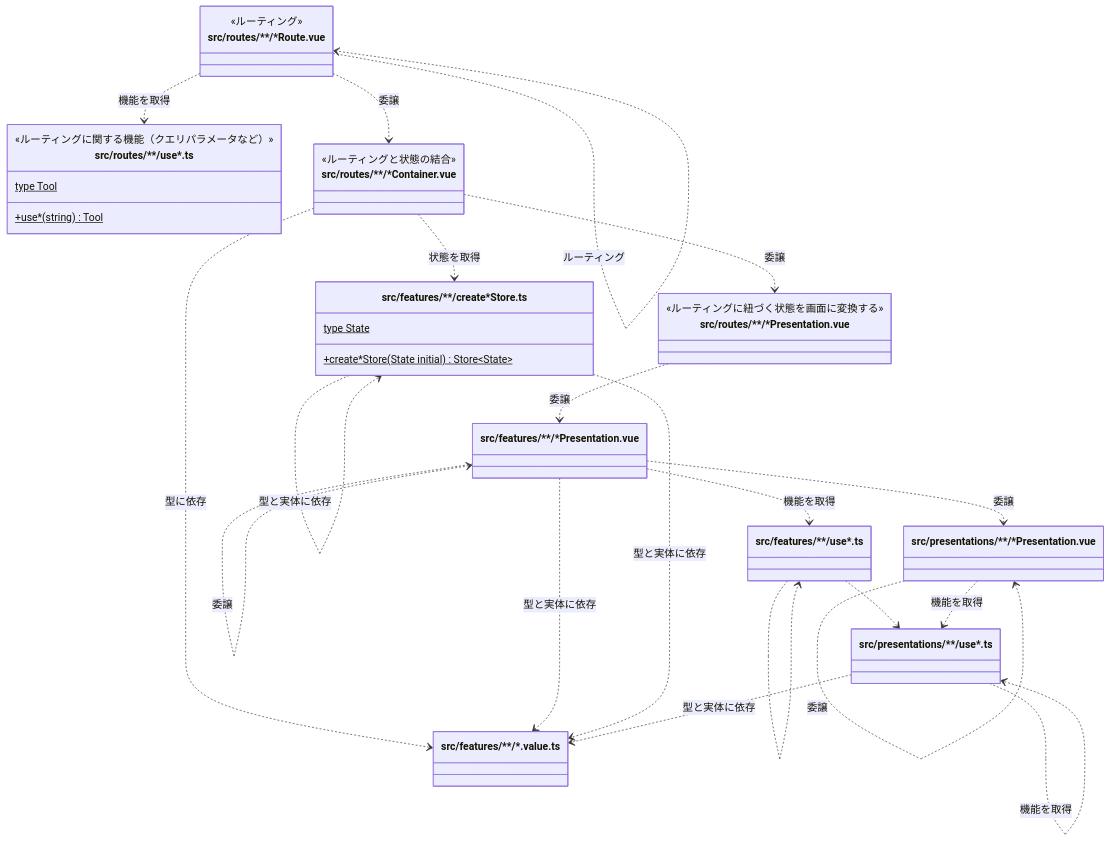
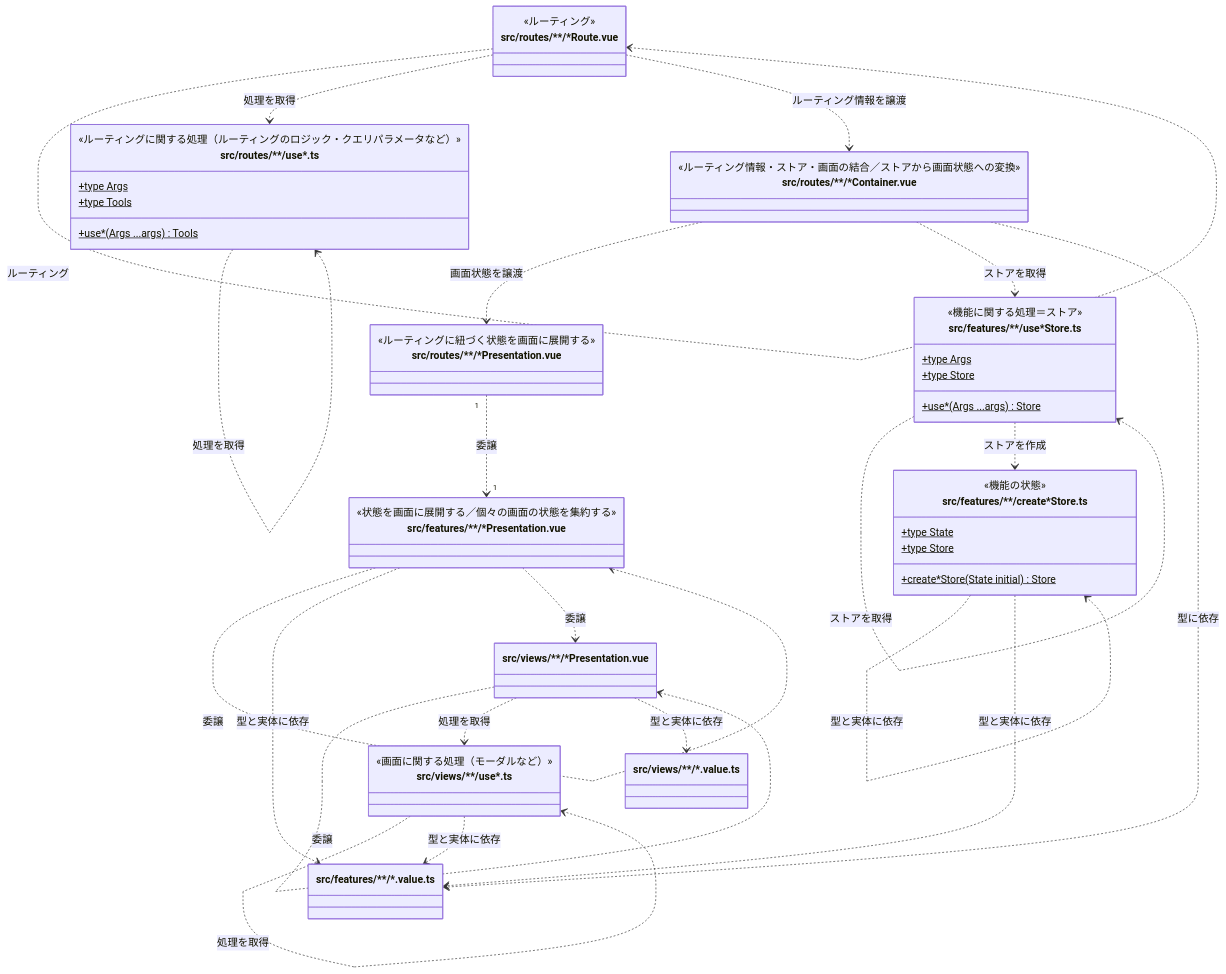
Before and after one commit to accup/accup.github.io: the diagram in README.md, drawn with Mermaid.

Commit message:
docs: wip: component diagram

````diff
--- a/README.md
+++ b/README.md
@@ -5,40 +5,56 @@
 ```mermaid
 classDiagram
   class `src/routes/**/*Route.vue` {
     <<ルーティング>>
   }
   `src/routes/**/*Route.vue` ..> `src/routes/**/*Route.vue` : ルーティング
-  `src/routes/**/*Route.vue` ..> `src/routes/**/use*.ts` : 機能を取得
-  `src/routes/**/*Route.vue` ..> `src/routes/**/*Container.vue` : 委譲
+  `src/routes/**/*Route.vue` ..> `src/routes/**/use*.ts` : 処理を取得
+  `src/routes/**/*Route.vue` ..> `src/routes/**/*Container.vue` : ルーティング情報を譲渡
   class `src/routes/**/use*.ts` {
-    <<ルーティングに関する機能（クエリパラメータなど）>>
-    type Tool$
-    +use*(string)$ Tool
+    <<ルーティングに関する処理（ルーティングのロジック・クエリパラメータなど）>>
+    +type Args$
+    +type Tools$
+    +use*(Args ...args)$ Tools
   }
+  `src/routes/**/use*.ts` ..> `src/routes/**/use*.ts` : 処理を取得
   class `src/routes/**/*Container.vue` {
-    <<ルーティングと状態の結合>>
+    <<ルーティング情報・ストア・画面の結合／ストアから画面状態への変換>>
   }
-  `src/routes/**/*Container.vue` ..> `src/routes/**/*Presentation.vue` : 委譲
-  `src/routes/**/*Container.vue` ..> `src/features/**/create*Store.ts` : 状態を取得
+  `src/routes/**/*Container.vue` ..> `src/routes/**/*Presentation.vue` : 画面状態を譲渡
+  `src/routes/**/*Container.vue` ..> `src/features/**/use*Store.ts` : ストアを取得
   `src/routes/**/*Container.vue` ..> `src/features/**/*.value.ts` : 型に依存
   class `src/routes/**/*Presentation.vue` {
-    <<ルーティングに紐づく状態を画面に変換する>>
+    <<ルーティングに紐づく状態を画面に展開する>>
   }
-  `src/routes/**/*Presentation.vue` ..> `src/features/**/*Presentation.vue` : 委譲
+  `src/routes/**/*Presentation.vue` "1" ..> "1" `src/features/**/*Presentation.vue` : 委譲
+  class `src/features/**/*Presentation.vue` {
+    <<状態を画面に展開する／個々の画面の状態を集約する>>
+  }
   `src/features/**/*Presentation.vue` ..> `src/features/**/*Presentation.vue` : 委譲
-  `src/features/**/*Presentation.vue` ..> `src/features/**/use*.ts` : 機能を取得
   `src/features/**/*Presentation.vue` ..> `src/features/**/*.value.ts` : 型と実体に依存
-  `src/features/**/*Presentation.vue` ..> `src/presentations/**/*Presentation.vue` : 委譲
-  `src/features/**/use*.ts` ..> `src/features/**/use*.ts`
-  `src/features/**/use*.ts` ..> `src/presentations/**/use*.ts`
+  `src/features/**/*Presentation.vue` ..> `src/views/**/*Presentation.vue` : 委譲
+  class `src/features/**/use*Store.ts` {
+    <<機能に関する処理＝ストア>>
+    +type Args$
+    +type Store$
+    +use*(Args ...args)$ Store
+  }
+  `src/features/**/use*Store.ts` ..> `src/features/**/use*Store.ts` : ストアを取得
+  `src/features/**/use*Store.ts` ..> `src/features/**/create*Store.ts` : ストアを作成
   class `src/features/**/create*Store.ts` {
-    type State$
-    +create*Store(State initial)$ Store~State~
+    <<機能の状態>>
+    +type State$
+    +type Store$
+    +create*Store(State initial)$ Store
   }
   `src/features/**/create*Store.ts` ..> `src/features/**/create*Store.ts` : 型と実体に依存
   `src/features/**/create*Store.ts` ..> `src/features/**/*.value.ts` : 型と実体に依存
-  `src/presentations/**/*Presentation.vue` ..> `src/presentations/**/*Presentation.vue` : 委譲
-  `src/presentations/**/*Presentation.vue` ..> `src/presentations/**/use*.ts` : 機能を取得
-  `src/presentations/**/use*.ts` ..> `src/presentations/**/use*.ts` : 機能を取得
-  `src/presentations/**/use*.ts` ..> `src/features/**/*.value.ts` : 型と実体に依存
+  `src/views/**/*Presentation.vue` ..> `src/views/**/*Presentation.vue` : 委譲
+  `src/views/**/*Presentation.vue` ..> `src/views/**/use*.ts` : 処理を取得
+  `src/views/**/*Presentation.vue` ..> `src/views/**/*.value.ts` : 型と実体に依存
+  class `src/views/**/use*.ts` {
+    <<画面に関する処理（モーダルなど）>>
+  }
+  `src/views/**/use*.ts` ..> `src/views/**/use*.ts` : 処理を取得
+  `src/views/**/use*.ts` ..> `src/features/**/*.value.ts` : 型と実体に依存
 ```
````
